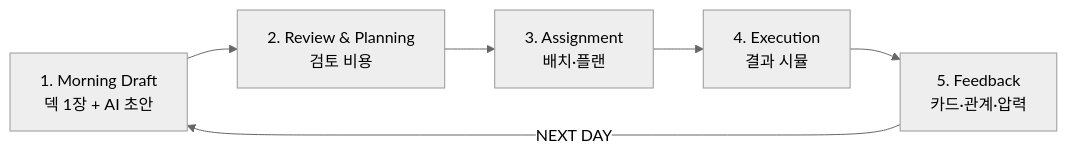
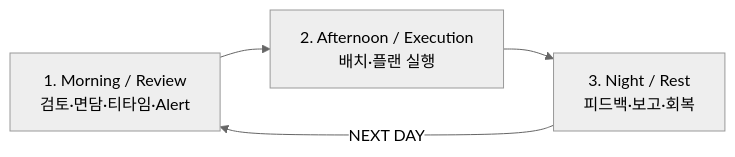
The sixth of 17 diagrams in Assets/Specification/Architecture – ProjectW System Overview.md (BaekNothing/ProjectW), drawn with Mermaid (neutral theme) before and after one commit. The commit also changed other lines of this file and 8 other files, not shown here.

````diff
--- a/Assets/Specification/Architecture – ProjectW System Overview.md
+++ b/Assets/Specification/Architecture – ProjectW System Overview.md
@@ -202,11 +232,9 @@
 ```mermaid
 flowchart LR
-  M["1. Morning Draft\n덱 1장 + AI 초안"]
-  R["2. Review & Planning\n검토 비용"]
-  A["3. Assignment\n배치·플랜"]
-  E["4. Execution\n결과 시뮬"]
-  F["5. Feedback\n카드·관계·압력"]
+  MOR["1. Morning / Review\n검토·면담·티타임·Alert"]
+  AFT["2. Afternoon / Execution\n배치·플랜 실행"]
+  NIG["3. Night / Rest\n피드백·보고·회복"]
 
-  M --> R --> A --> E --> F
-  F -->|NEXT DAY| M
+  MOR --> AFT --> NIG
+  NIG -->|NEXT DAY| MOR
 ```
````
